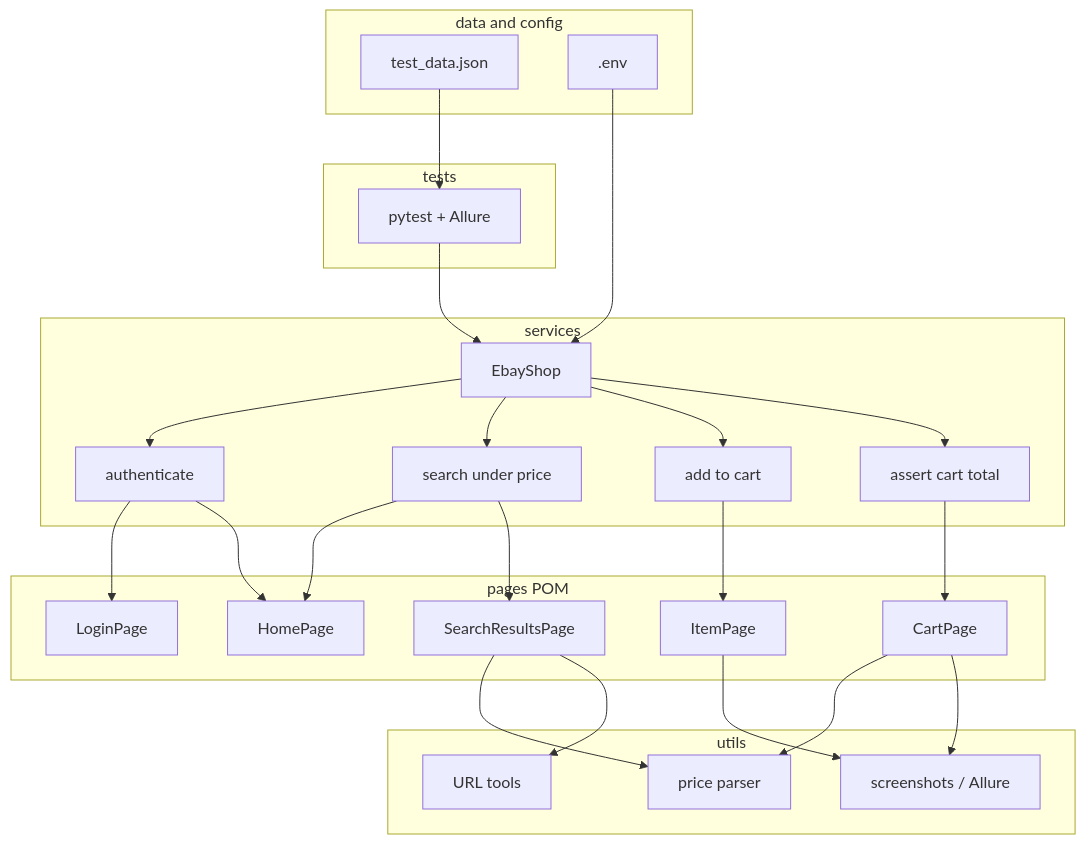
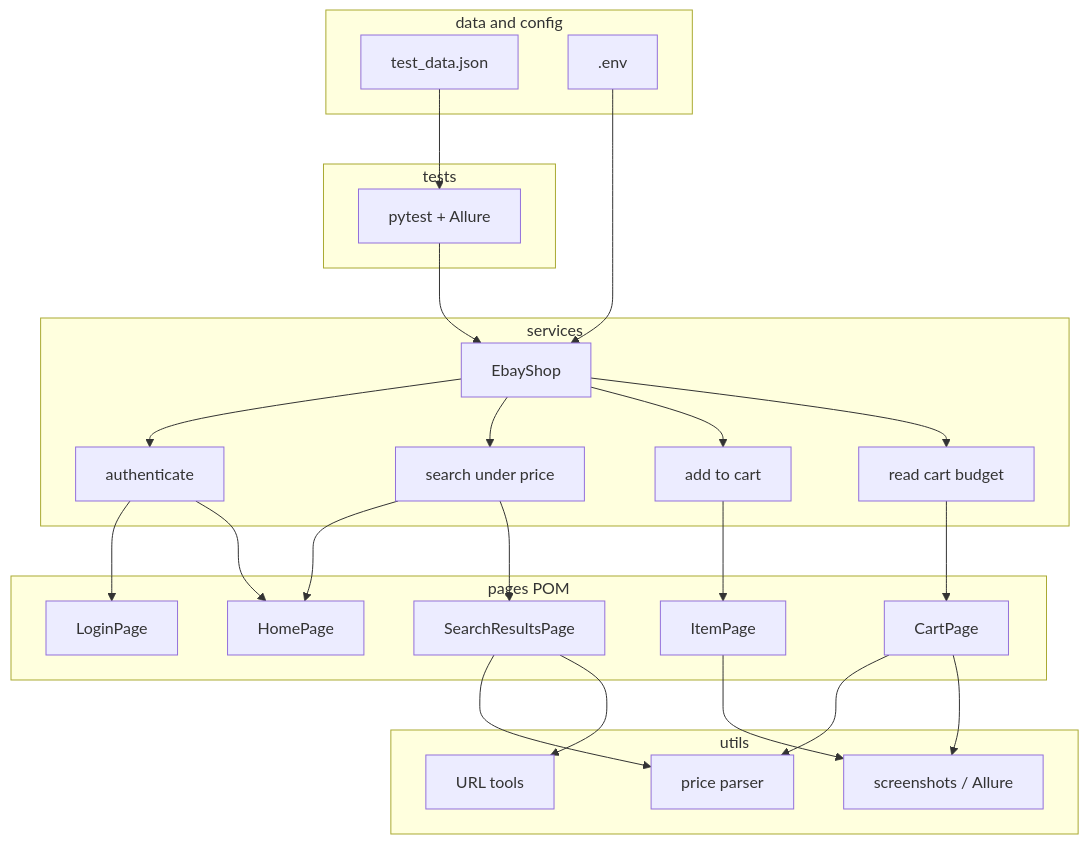
One commit to shlomi10/ebay changed the first of 2 diagrams in README.md. Above: the diagram before and after it, drawn with Mermaid. The commit also changed other lines of this file and 7 other files, not shown here.

Commit message:
Sync README with read_cart_budget and catch Playwright errors explicitly.

````diff
--- a/README.md
+++ b/README.md
@@ -184,46 +184,46 @@
 ```mermaid
 flowchart TB
   subgraph tests [tests]
     T["pytest + Allure"]
   end
 
   subgraph dataLayer [data and config]
     D["test_data.json"]
     C[".env"]
   end
 
   subgraph flow [services]
     S["EbayShop"]
     A["authenticate"]
     Q["search under price"]
     ADD["add to cart"]
-    ASSERT["assert cart total"]
+    READ["read cart budget"]
   end
 
   subgraph pom [pages POM]
     H["HomePage"]
     L["LoginPage"]
     SR["SearchResultsPage"]
     I["ItemPage"]
     CT["CartPage"]
   end
 
   subgraph utils [utils]
     P["price parser"]
     U["URL tools"]
     R["screenshots / Allure"]
   end
 
   T --> S
   D --> T
   C --> S
-  S --> A & Q & ADD & ASSERT
+  S --> A & Q & ADD & READ
   A --> L & H
   Q --> H & SR
   ADD --> I
-  ASSERT --> CT
+  READ --> CT
   SR --> P & U
   CT --> P
   I --> R
   CT --> R
 ```
````
